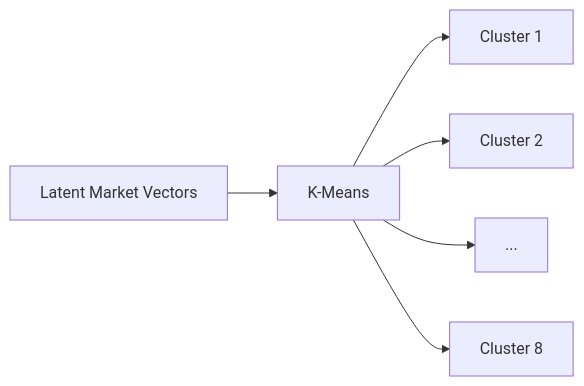
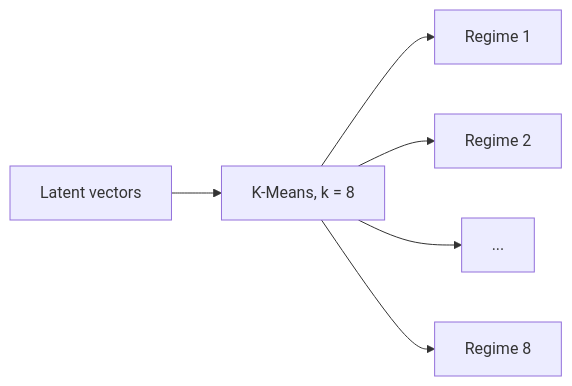
The third of 6 diagrams in README.md (AhmedDjibbi/TradeVisor-AI), drawn with Mermaid before and after one commit. The commit also changed other lines of this file, not shown here.

````diff
--- a/README.md
+++ b/README.md
@@ -193,8 +137,8 @@
 ```mermaid
 flowchart LR
-    A[Latent Market Vectors] --> B[K-Means]
-    B --> C[Cluster 1]
-    B --> D[Cluster 2]
-    B --> E[...]
-    B --> F[Cluster 8]
+    Z["Latent vectors"] --> KM["K-Means, k = 8"]
+    KM --> R1["Regime 1"]
+    KM --> R2["Regime 2"]
+    KM --> R3["..."]
+    KM --> R8["Regime 8"]
 ```
````
